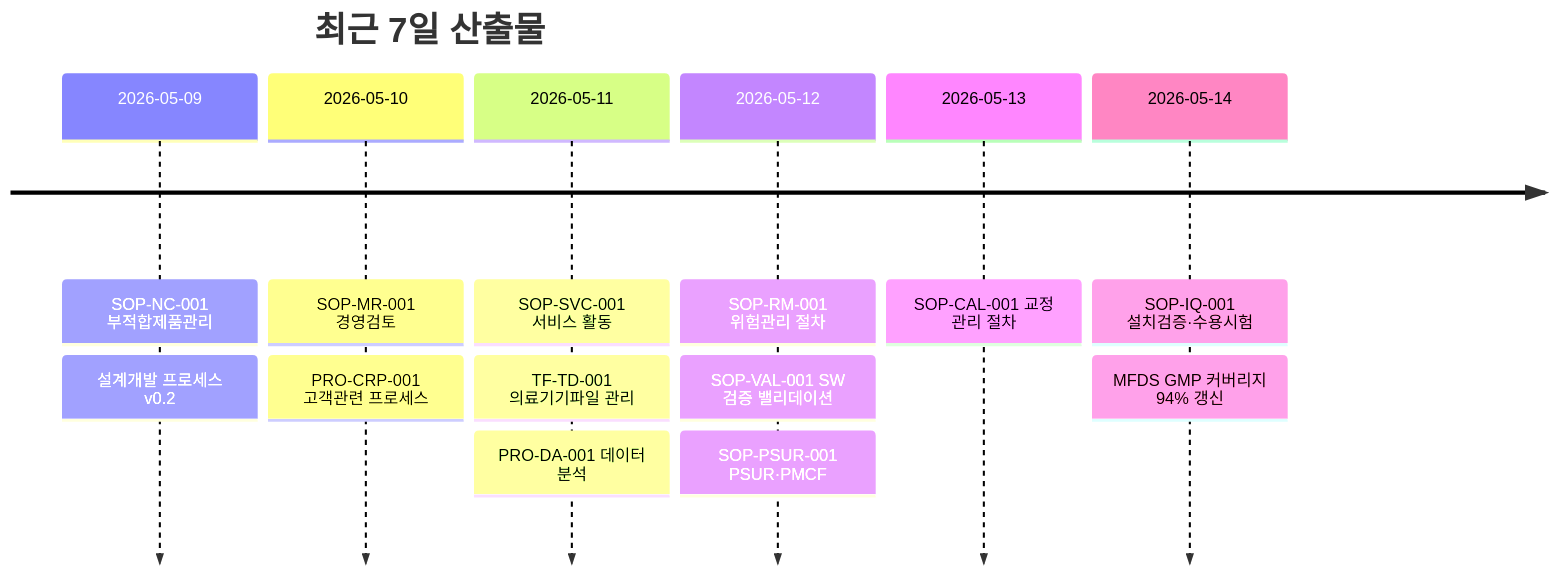
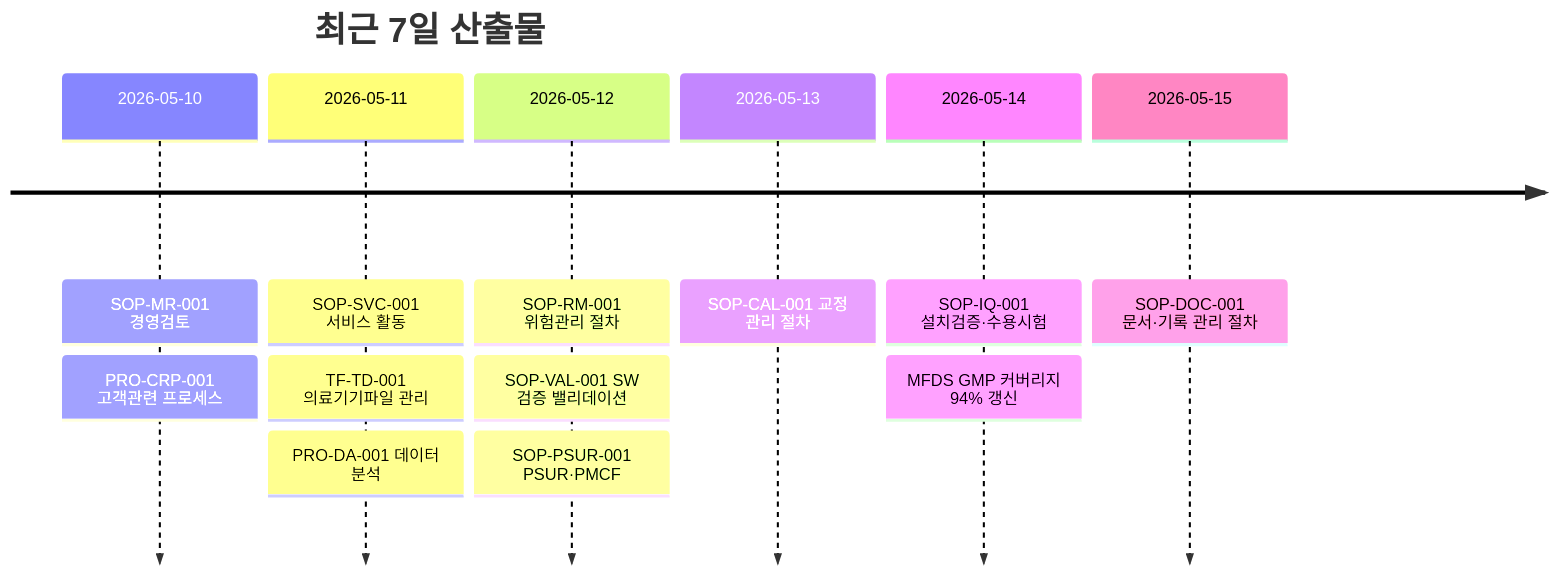
One commit to holee9/MD-process changed the third of 4 diagrams in README.md. Above: the diagram before and after it, drawn with Mermaid. The commit also changed other lines of this file, not shown here.

````diff
--- a/README.md
+++ b/README.md
@@ -143,17 +143,16 @@
 ```mermaid
 timeline
     title 최근 7일 산출물
-    2026-05-09 : SOP-NC-001 부적합제품관리
-               : 설계개발 프로세스 v0.2
     2026-05-10 : SOP-MR-001 경영검토
                : PRO-CRP-001 고객관련 프로세스
     2026-05-11 : SOP-SVC-001 서비스 활동
                : TF-TD-001 의료기기파일 관리
                : PRO-DA-001 데이터 분석
     2026-05-12 : SOP-RM-001 위험관리 절차
                : SOP-VAL-001 SW 검증 밸리데이션
                : SOP-PSUR-001 PSUR·PMCF
     2026-05-13 : SOP-CAL-001 교정 관리 절차
     2026-05-14 : SOP-IQ-001 설치검증·수용시험
                : MFDS GMP 커버리지 94% 갱신
+    2026-05-15 : SOP-DOC-001 문서·기록 관리 절차
 ```
````
